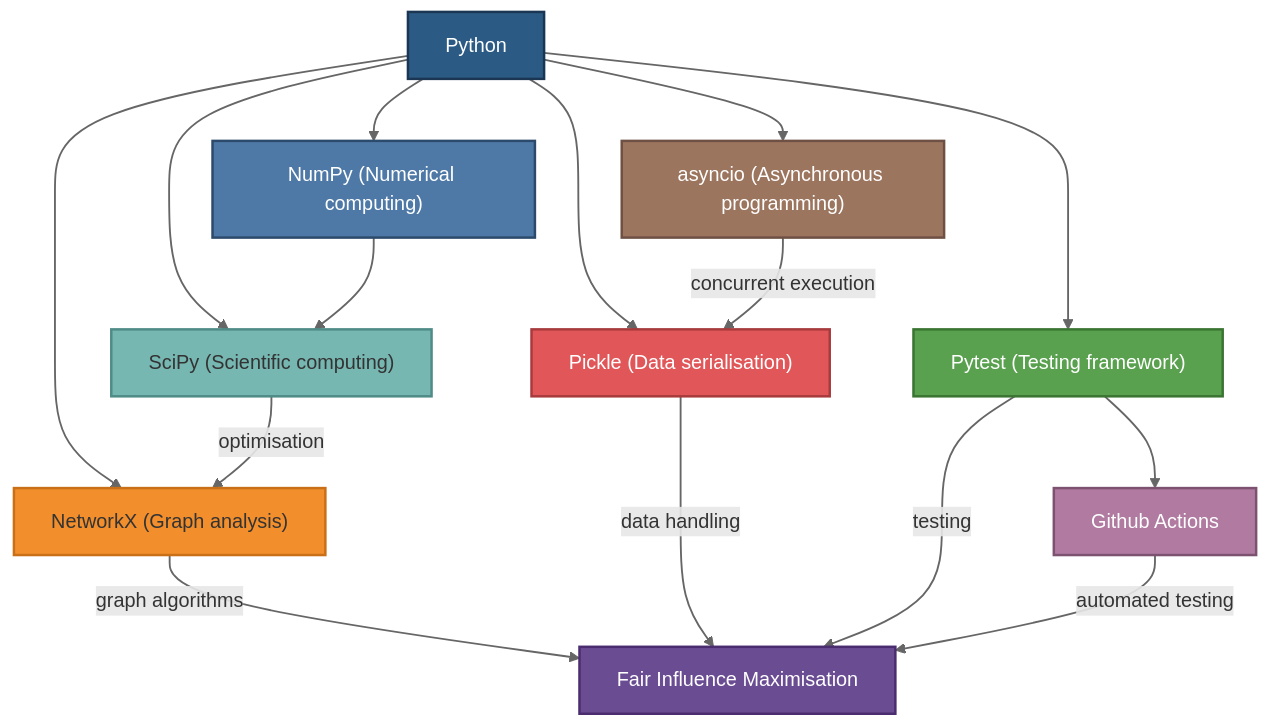
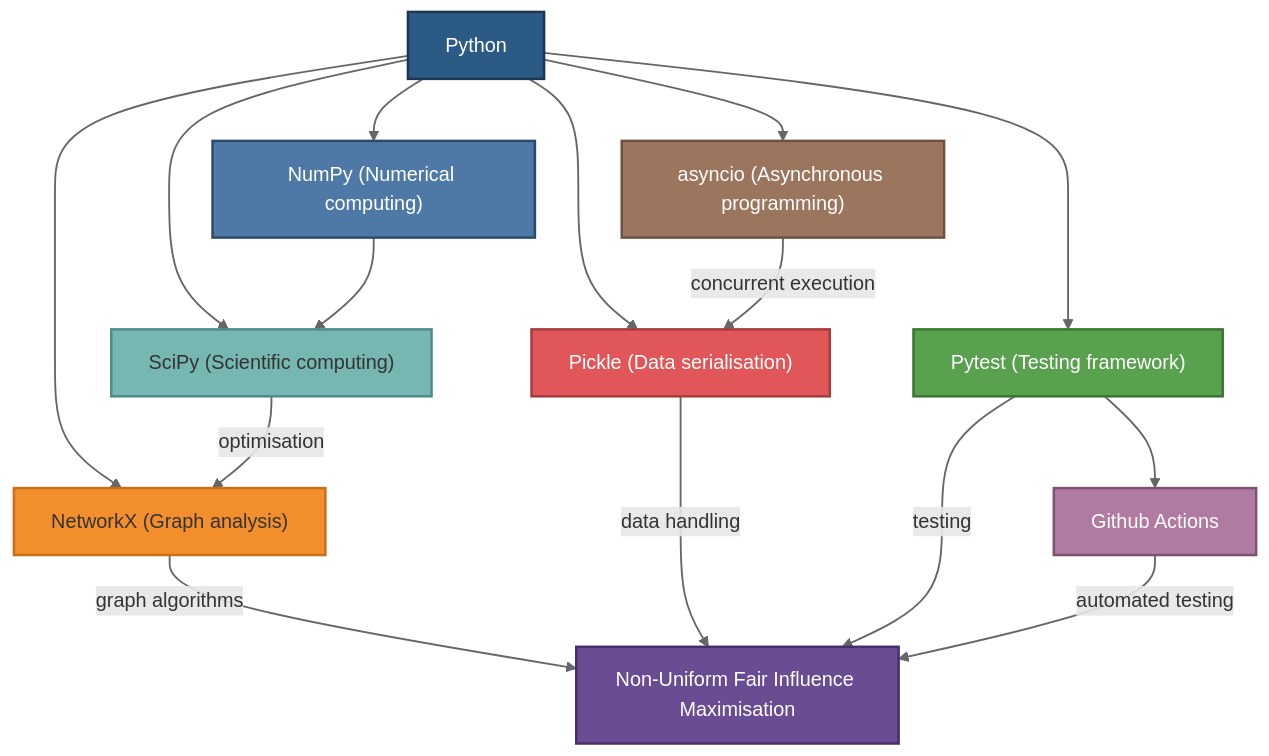
One commit to jacobhogarty/fairim-nu-cost changed the diagram in README.md. Above: the diagram before and after it, drawn with Mermaid.

````diff
--- a/README.md
+++ b/README.md
@@ -71,33 +71,33 @@
 ```mermaid
 graph TD
     Python --> NumPy["NumPy (Numerical computing)"]
     Python --> Pickle["Pickle (Data serialisation)"]
     Python --> SciPy["SciPy (Scientific computing)"]
     Python --> Pytest["Pytest (Testing framework)"]
     Python --> NetworkX["NetworkX (Graph analysis)"]
     Python --> Asyncio["asyncio (Asynchronous programming)"]
 %% Core scientific computing dependencies
     NumPy --> SciPy
 %% Influence maximisation specific relationships
     SciPy -->|optimisation| NetworkX
-    NetworkX -->|graph algorithms| Fair_Influence_Maximisation["Fair Influence Maximisation"]
+    NetworkX -->|graph algorithms| Fair_Influence_Maximisation["Non-Uniform Fair Influence Maximisation"]
     Pickle -->|data handling| Fair_Influence_Maximisation
     Asyncio -->|concurrent execution| Pickle
 %% Testing and CI/CD
     Pytest -->|testing| Fair_Influence_Maximisation
     Pytest --> GitHub_Actions["Github Actions"]
     GitHub_Actions -->|automated testing| Fair_Influence_Maximisation
 
     style Python fill: #2b5b84, color: white, stroke: #1a3653
     style NumPy fill: #4e79a7, color: white, stroke: #2c4a6b
     style Pickle fill: #e15759, color: white, stroke: #a83a3c
     style SciPy fill: #76b7b2, color: #333, stroke: #4f8b87
     style Pytest fill: #59a14f, color: white, stroke: #3a7532
     style NetworkX fill: #f28e2c, color: #333, stroke: #c96f17
     style GitHub_Actions fill: #b07aa1, color: white, stroke: #7d5270
     style Asyncio fill: #9c755f, color: white, stroke: #6e5144
     style Fair_Influence_Maximisation fill: #6a4c93, color: white, stroke: #4a2c6f
 
     classDef default stroke-width: 2px, font-family: Helvetica
     linkStyle default stroke: #666, stroke-width: 1.5px
 ```
````
